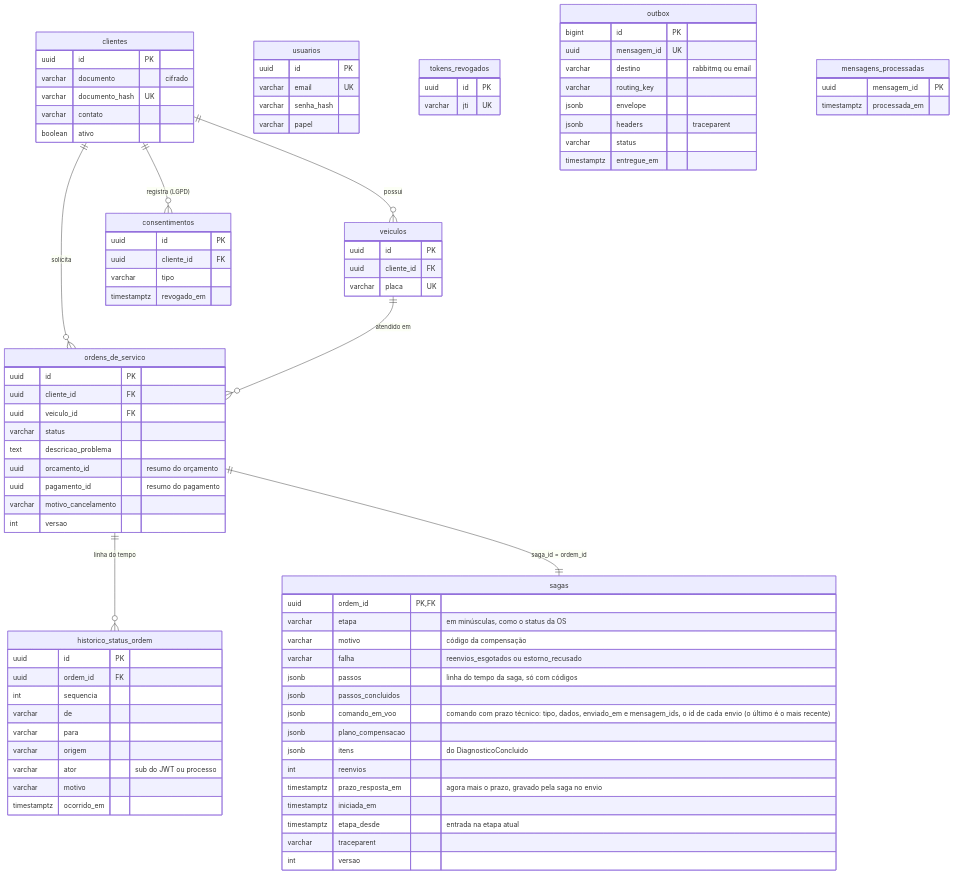
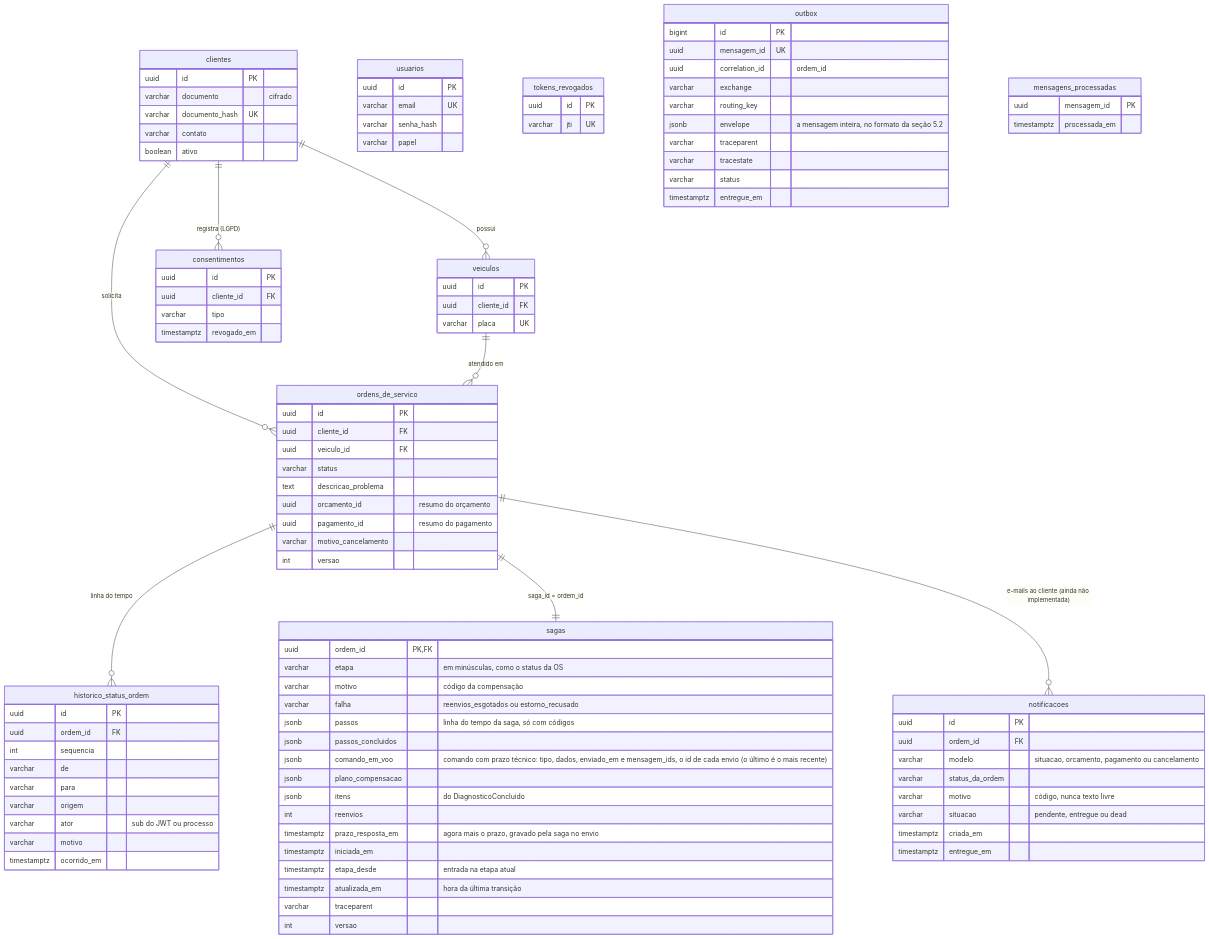
The tenth of 13 diagrams in docs/arquitetura/rfc/fase4/rfc-004-microsservicos-saga.md (fiap-postech-sw-architecture/postech-sw-arch-p4-platform), drawn with Mermaid before and after one commit. The commit also changed other lines of this file, not shown here.

````diff
--- a/docs/arquitetura/rfc/fase4/rfc-004-microsservicos-saga.md
+++ b/docs/arquitetura/rfc/fase4/rfc-004-microsservicos-saga.md
@@ -857,17 +859,30 @@
         timestamptz prazo_resposta_em "agora mais o prazo, gravado pela saga no envio"
         timestamptz iniciada_em
         timestamptz etapa_desde "entrada na etapa atual"
+        timestamptz atualizada_em "hora da última transição"
         varchar traceparent
         int versao
     }
     outbox {
         bigint id PK
         uuid mensagem_id UK
-        varchar destino "rabbitmq ou email"
+        uuid correlation_id "ordem_id"
+        varchar exchange
         varchar routing_key
-        jsonb envelope
-        jsonb headers "traceparent"
+        jsonb envelope "a mensagem inteira, no formato da seção 5.2"
+        varchar traceparent
+        varchar tracestate
         varchar status
+        timestamptz entregue_em
+    }
+    notificacoes {
+        uuid id PK
+        uuid ordem_id FK
+        varchar modelo "situacao, orcamento, pagamento ou cancelamento"
+        varchar status_da_ordem
+        varchar motivo "código, nunca texto livre"
+        varchar situacao "pendente, entregue ou dead"
+        timestamptz criada_em
         timestamptz entregue_em
     }
     mensagens_processadas {
@@ -881,4 +896,5 @@
     veiculos ||--o{ ordens_de_servico : "atendido em"
     ordens_de_servico ||--o{ historico_status_ordem : "linha do tempo"
     ordens_de_servico ||--|| sagas : "saga_id = ordem_id"
+    ordens_de_servico ||--o{ notificacoes : "e-mails ao cliente (ainda não implementada)"
 ```
````
